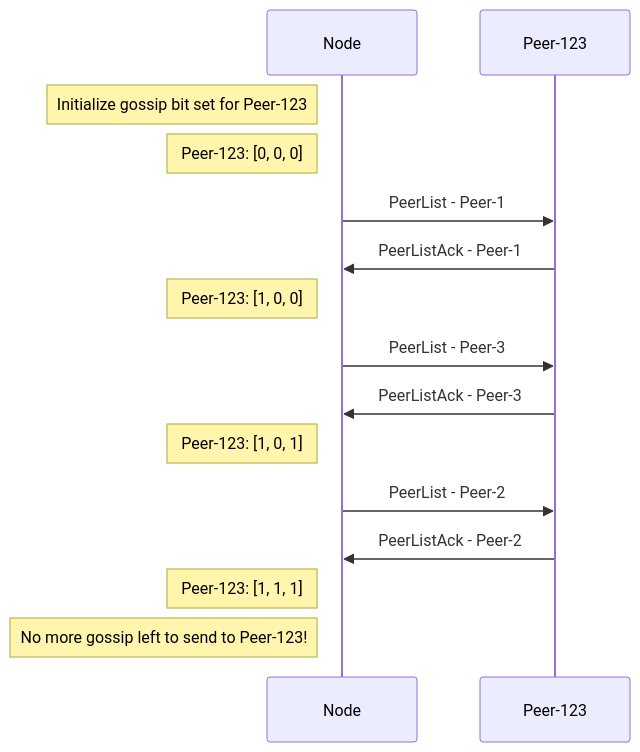
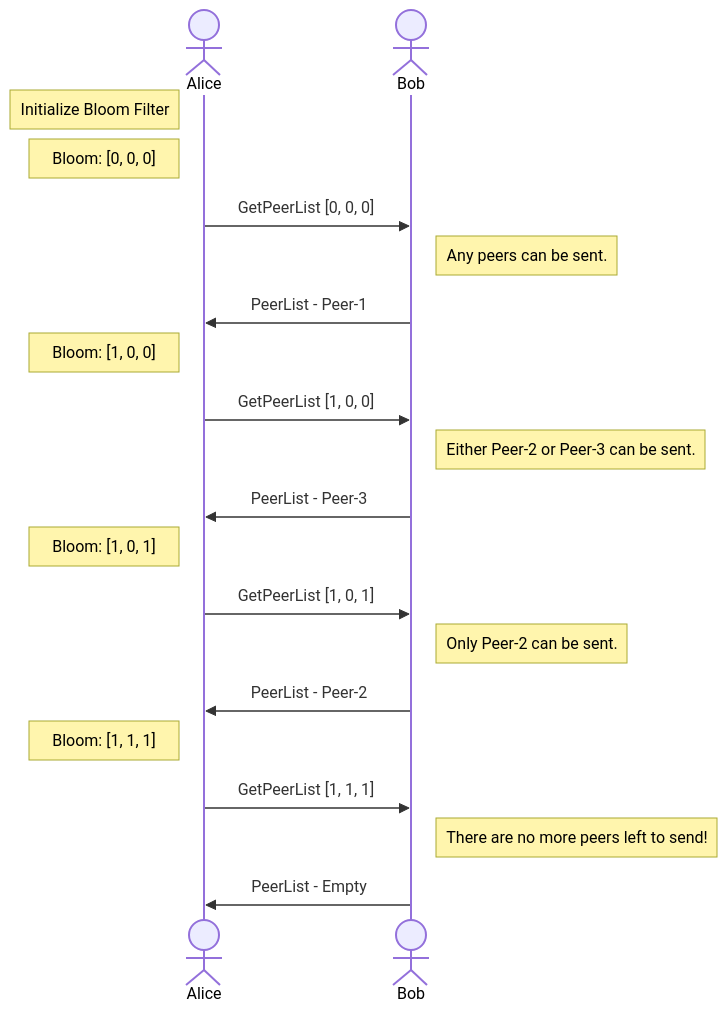
One commit to luxfi/node changed the fifth of 5 diagrams in network/README.md. Above: the diagram before and after it, drawn with Mermaid. The commit also changed other lines of this file and 1613 other files, not shown here.

````diff
--- a/network/README.md
+++ b/network/README.md
@@ -139,15 +181,22 @@
 ```mermaid
 sequenceDiagram
-Note left of Node: Initialize gossip bit set for Peer-123
-Note left of Node: Peer-123: [0, 0, 0]
-Node->>Peer-123: PeerList - Peer-1
-Peer-123->>Node: PeerListAck - Peer-1
-Note left of Node: Peer-123: [1, 0, 0]
-Node->>Peer-123: PeerList - Peer-3
-Peer-123->>Node: PeerListAck - Peer-3
-Note left of Node: Peer-123: [1, 0, 1]
-Node->>Peer-123: PeerList - Peer-2
-Peer-123->>Node: PeerListAck - Peer-2
-Note left of Node: Peer-123: [1, 1, 1]
-Note left of Node: No more gossip left to send to Peer-123!
+    actor Alice
+    actor Bob
+    Note left of Alice: Initialize Bloom Filter
+    Note left of Alice: Bloom: [0, 0, 0]
+    Alice->>Bob: GetPeerList [0, 0, 0]
+    Note right of Bob: Any peers can be sent.
+    Bob->>Alice: PeerList - Peer-1
+    Note left of Alice: Bloom: [1, 0, 0]
+    Alice->>Bob: GetPeerList [1, 0, 0]
+    Note right of Bob: Either Peer-2 or Peer-3 can be sent.
+    Bob->>Alice: PeerList - Peer-3
+    Note left of Alice: Bloom: [1, 0, 1]
+    Alice->>Bob: GetPeerList [1, 0, 1]
+    Note right of Bob: Only Peer-2 can be sent.
+    Bob->>Alice: PeerList - Peer-2
+    Note left of Alice: Bloom: [1, 1, 1]
+    Alice->>Bob: GetPeerList [1, 1, 1]
+    Note right of Bob: There are no more peers left to send!
+    Bob->>Alice: PeerList - Empty
 ```
````
